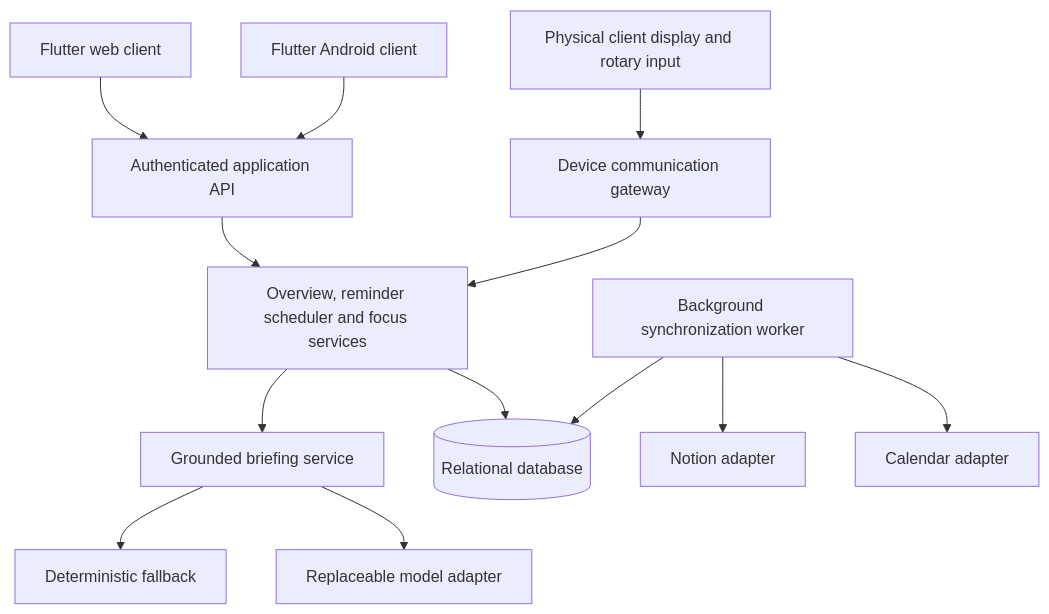
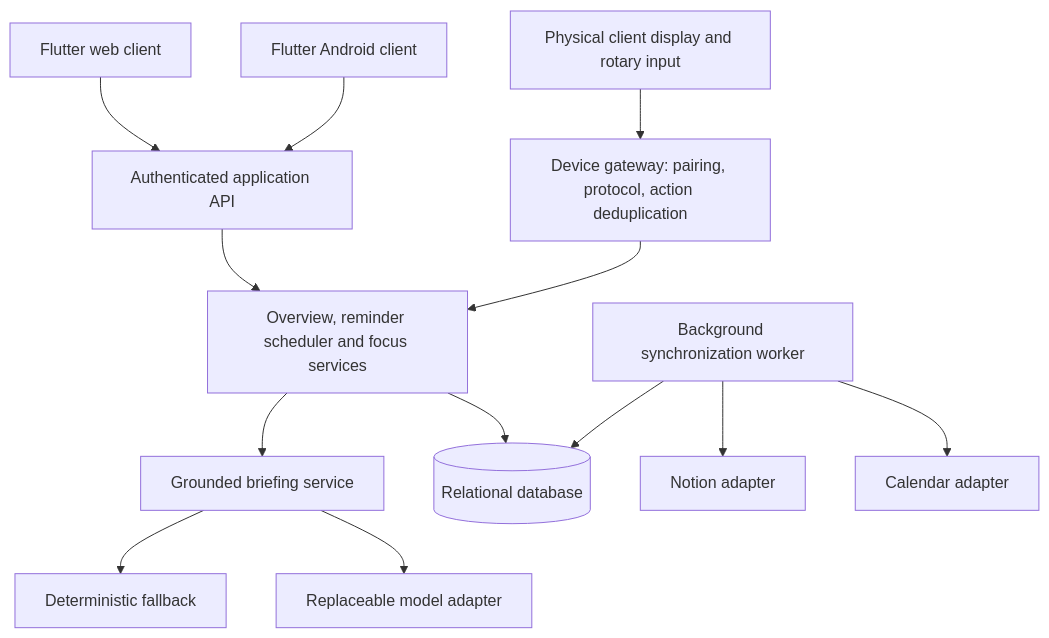
The diagram in docs/diagrams/components.mmd (Kreichik/asti), drawn with Mermaid before and after one commit. The commit also changed 25 other files, not shown here.

```diff
--- a/docs/diagrams/components.mmd
+++ b/docs/diagrams/components.mmd
@@ -1,13 +1,13 @@
 flowchart TB
     A[Flutter Android client] --> API[Authenticated application API]
     W[Flutter web client] --> API
-    D[Physical client display and rotary input] --> DG[Device communication gateway]
+    D[Physical client display and rotary input] --> DG[Device gateway: pairing, protocol, action deduplication]
     DG --> CORE[Overview, reminder scheduler and focus services]
     API --> CORE
     CORE --> DB[(Relational database)]
     SYNC[Background synchronization worker] --> C[Calendar adapter]
     SYNC --> N[Notion adapter]
     SYNC --> DB
     CORE --> B[Grounded briefing service]
     B --> LM[Replaceable model adapter]
     B --> F[Deterministic fallback]
```
